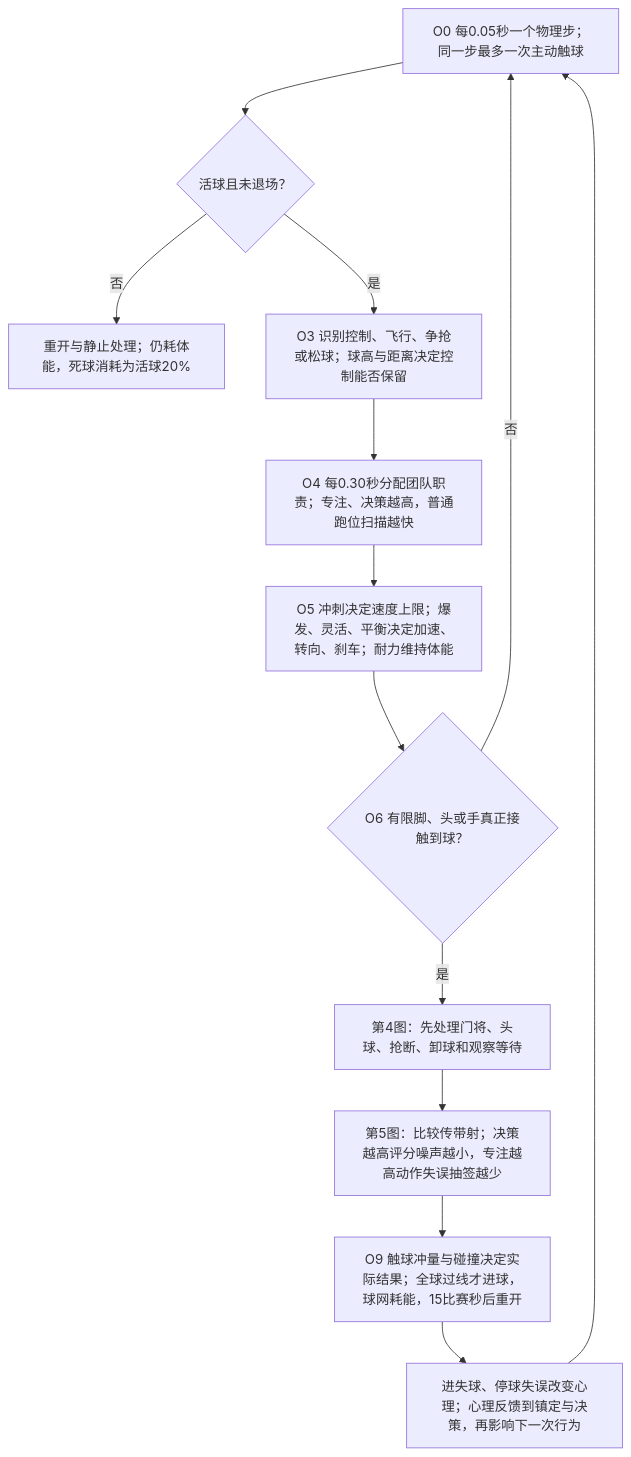
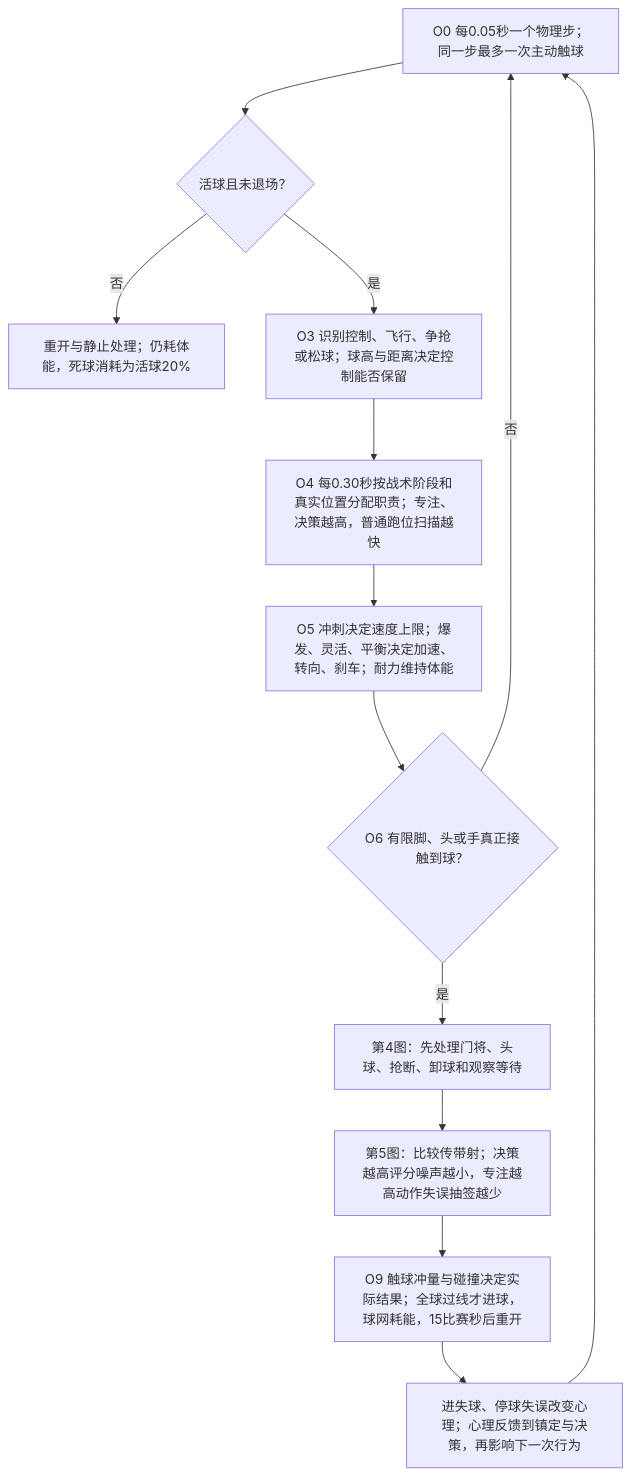
Before and after one commit to sixu3575/touchline-manager: the first of 6 diagrams in packages/shared/modules/matches/design/PLAYER_DECISION_MAP.md, drawn with Mermaid. The commit also changed other lines of this file and 43 other files, not shown here.

````diff
--- a/packages/shared/modules/matches/design/PLAYER_DECISION_MAP.md
+++ b/packages/shared/modules/matches/design/PLAYER_DECISION_MAP.md
@@ -21,15 +21,15 @@
 ```mermaid
 flowchart TD
   O0["O0 每0.05秒一个物理步；同一步最多一次主动触球"] --> O1{"活球且未退场？"}
   O1 -->|否| O2["重开与静止处理；仍耗体能，死球消耗为活球20%"]
   O1 -->|是| O3["O3 识别控制、飞行、争抢或松球；球高与距离决定控制能否保留"]
-  O3 --> O4["O4 每0.30秒分配团队职责；专注、决策越高，普通跑位扫描越快"]
+  O3 --> O4["O4 每0.30秒按战术阶段和真实位置分配职责；专注、决策越高，普通跑位扫描越快"]
   O4 --> O5["O5 冲刺决定速度上限；爆发、灵活、平衡决定加速、转向、刹车；耐力维持体能"]
   O5 --> O6{"O6 有限脚、头或手真正接触到球？"}
   O6 -->|否| O0
   O6 -->|是| O7["第4图：先处理门将、头球、抢断、卸球和观察等待"]
   O7 --> O8["第5图：比较传带射；决策越高评分噪声越小，专注越高动作失误抽签越少"]
   O8 --> O9["O9 触球冲量与碰撞决定实际结果；全球过线才进球，球网耗能，15比赛秒后重开"]
   O9 --> O10["进失球、停球失误改变心理；心理反馈到镇定与决策，再影响下一次行为"]
   O10 --> O0
 ```
````
